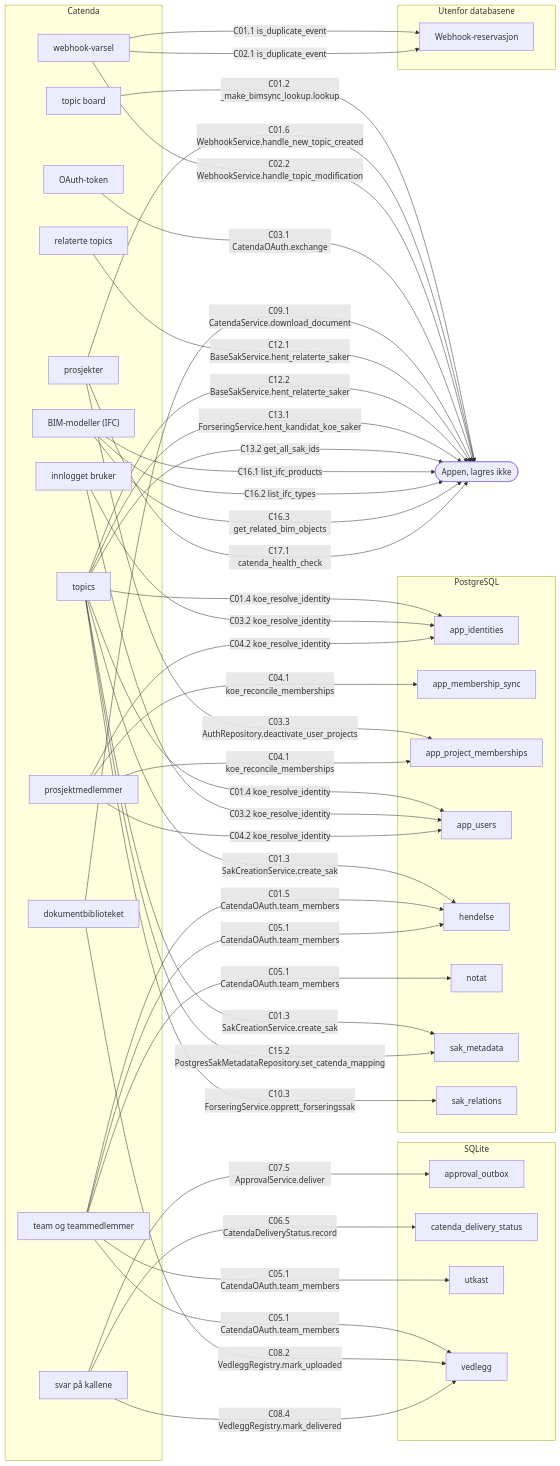
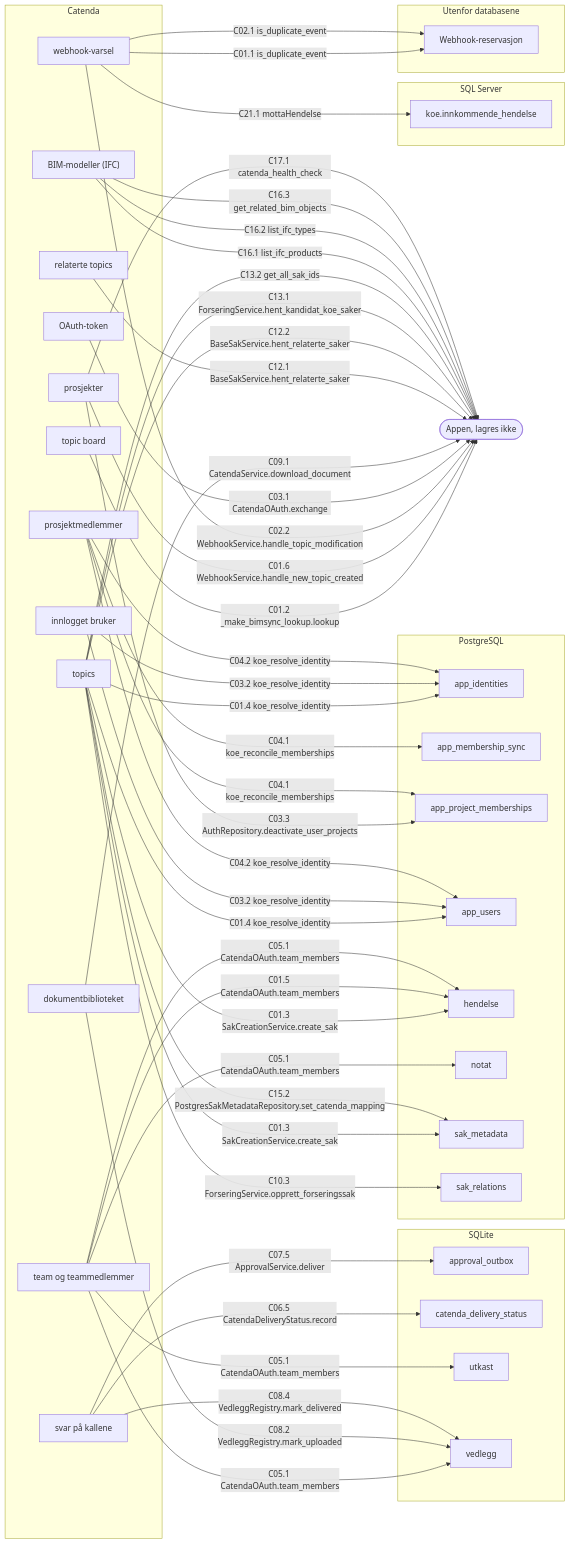
The fourth of 6 diagrams in docs/datamodell/relasjoner.md (khjohns/endringsmeldinger), drawn with Mermaid before and after one commit. The commit also changed other lines of this file and 16 other files, not shown here.

First line of the commit message:
ta imot webhooken fra Catenda i TS med innboks i SQL Server (W-1a)

````diff
--- a/docs/datamodell/relasjoner.md
+++ b/docs/datamodell/relasjoner.md
@@ -653,74 +660,78 @@
 ```mermaid
 flowchart LR
     subgraph g0["Catenda"]
         c_webhook["webhook-varsel"]
         c_token["OAuth-token"]
         c_bruker["innlogget bruker"]
         c_prosjekt["prosjekter"]
         c_medlemmer["prosjektmedlemmer"]
         c_team["team og teammedlemmer"]
         c_board["topic board"]
         c_topic["topics"]
         c_relasjon["relaterte topics"]
         c_dokument["dokumentbiblioteket"]
         c_ifc["BIM-modeller (IFC)"]
         c_svar["svar på kallene"]
     end
     subgraph g1["PostgreSQL"]
         t_app_identities["app_identities"]
         t_app_membership_sync["app_membership_sync"]
         t_app_project_memberships["app_project_memberships"]
         t_app_users["app_users"]
         t_hendelse["hendelse"]
         t_notat["notat"]
         t_sak_metadata["sak_metadata"]
         t_sak_relations["sak_relations"]
     end
     subgraph g2["SQLite"]
         t_approval_outbox["approval_outbox"]
         t_catenda_delivery_status["catenda_delivery_status"]
         t_utkast["utkast"]
         t_vedlegg["vedlegg"]
+    end
+    subgraph g3["SQL Server"]
+        t_koe_innkommende_hendelse["koe.innkommende_hendelse"]
     end
     subgraph g4["Utenfor databasene"]
         t_Webhook_reservasjon["Webhook-reservasjon"]
     end
     t_appen(["Appen, lagres ikke"])
     c_webhook -->|"C01.1 is_duplicate_event"| t_Webhook_reservasjon
     c_board -->|"C01.2 _make_bimsync_lookup.lookup"| t_appen
     c_topic -->|"C01.3 SakCreationService.create_sak"| t_sak_metadata
     c_topic -->|"C01.3 SakCreationService.create_sak"| t_hendelse
     c_topic -->|"C01.4 koe_resolve_identity"| t_app_users
     c_topic -->|"C01.4 koe_resolve_identity"| t_app_identities
     c_team -->|"C01.5 CatendaOAuth.team_members"| t_hendelse
     c_prosjekt -->|"C01.6 WebhookService.handle_new_topic_created"| t_appen
     c_webhook -->|"C02.1 is_duplicate_event"| t_Webhook_reservasjon
     c_webhook -->|"C02.2 WebhookService.handle_topic_modification"| t_appen
     c_token -->|"C03.1 CatendaOAuth.exchange"| t_appen
     c_bruker -->|"C03.2 koe_resolve_identity"| t_app_users
     c_bruker -->|"C03.2 koe_resolve_identity"| t_app_identities
     c_prosjekt -->|"C03.3 AuthRepository.deactivate_user_projects"| t_app_project_memberships
     c_medlemmer -->|"C04.1 koe_reconcile_memberships"| t_app_project_memberships
     c_medlemmer -->|"C04.1 koe_reconcile_memberships"| t_app_membership_sync
     c_medlemmer -->|"C04.2 koe_resolve_identity"| t_app_users
     c_medlemmer -->|"C04.2 koe_resolve_identity"| t_app_identities
     c_team -->|"C05.1 CatendaOAuth.team_members"| t_hendelse
     c_team -->|"C05.1 CatendaOAuth.team_members"| t_notat
     c_team -->|"C05.1 CatendaOAuth.team_members"| t_utkast
     c_team -->|"C05.1 CatendaOAuth.team_members"| t_vedlegg
     c_svar -->|"C06.5 CatendaDeliveryStatus.record"| t_catenda_delivery_status
     c_svar -->|"C07.5 ApprovalService.deliver"| t_approval_outbox
     c_dokument -->|"C08.2 VedleggRegistry.mark_uploaded"| t_vedlegg
     c_svar -->|"C08.4 VedleggRegistry.mark_delivered"| t_vedlegg
     c_dokument -->|"C09.1 CatendaService.download_document"| t_appen
     c_topic -->|"C10.3 ForseringService.opprett_forseringssak"| t_sak_relations
     c_relasjon -->|"C12.1 BaseSakService.hent_relaterte_saker"| t_appen
     c_topic -->|"C12.2 BaseSakService.hent_relaterte_saker"| t_appen
     c_topic -->|"C13.1 ForseringService.hent_kandidat_koe_saker"| t_appen
     c_topic -->|"C13.2 get_all_sak_ids"| t_appen
     c_topic -->|"C15.2 PostgresSakMetadataRepository.set_catenda_mapping"| t_sak_metadata
     c_ifc -->|"C16.1 list_ifc_products"| t_appen
     c_ifc -->|"C16.2 list_ifc_types"| t_appen
     c_ifc -->|"C16.3 get_related_bim_objects"| t_appen
     c_prosjekt -->|"C17.1 catenda_health_check"| t_appen
+    c_webhook -->|"C21.1 mottaHendelse"| t_koe_innkommende_hendelse
 ```
````
